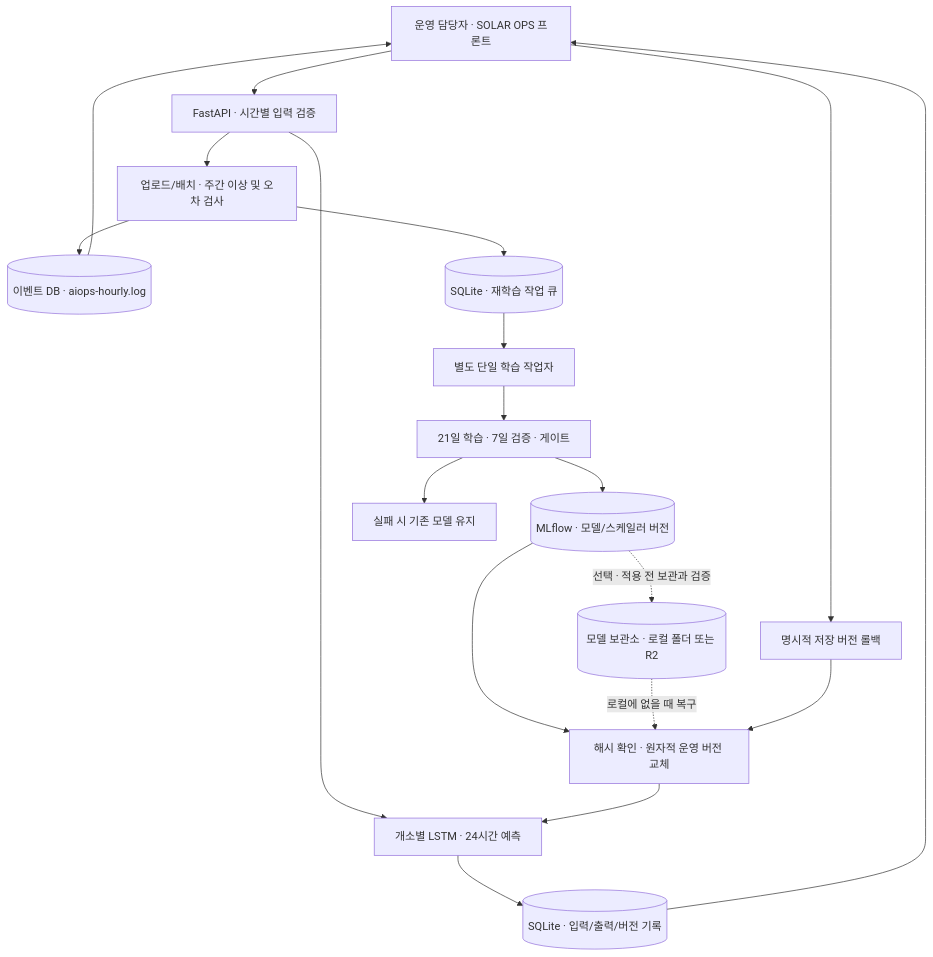
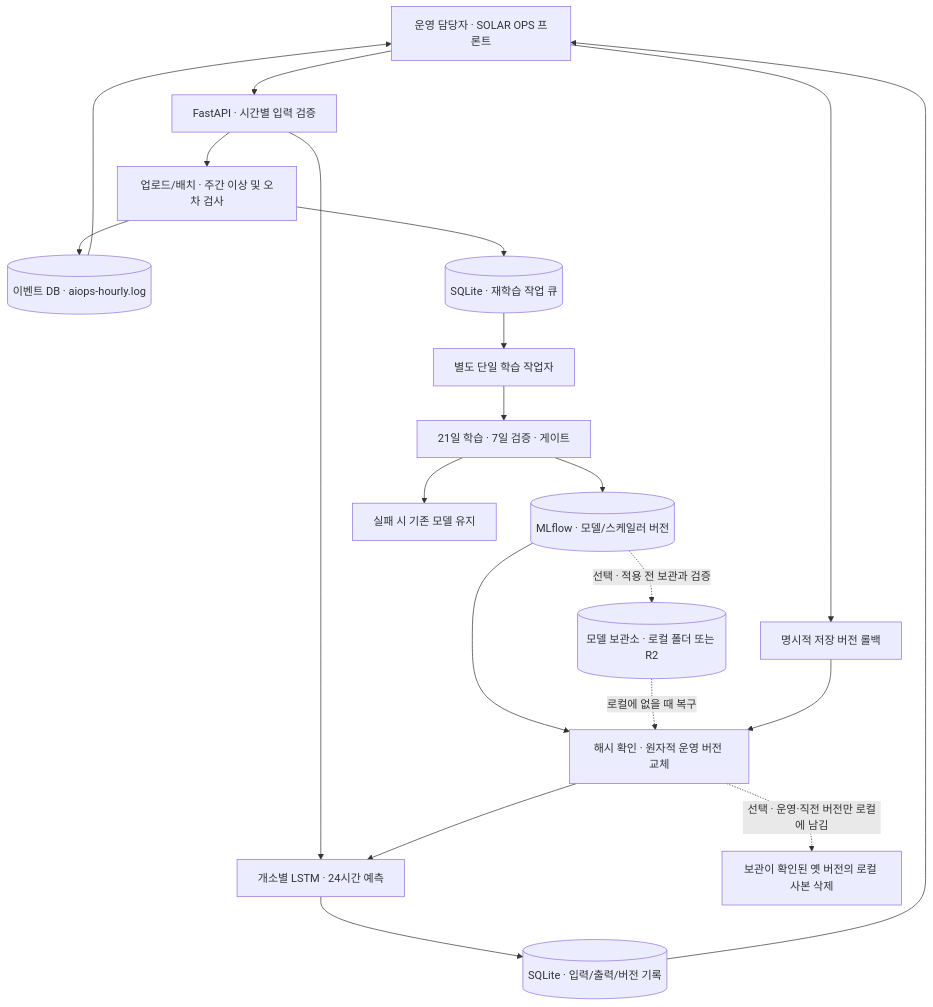
Before and after one commit to SKALA4th-team2/skala-solar-aiops: the diagram in docs/proposal/4-architecture.md, drawn with Mermaid. The commit also changed other lines of this file and 19 other files, not shown here.

````diff
--- a/docs/proposal/4-architecture.md
+++ b/docs/proposal/4-architecture.md
@@ -16,21 +18,22 @@
 ```mermaid
 flowchart TD
     U["운영 담당자 · SOLAR OPS 프론트"] --> A["FastAPI · 시간별 입력 검증"]
     A --> P["개소별 LSTM · 24시간 예측"]
     P --> D[("SQLite · 입력/출력/버전 기록")]
     A --> M["업로드/배치 · 주간 이상 및 오차 검사"]
     M --> E[("이벤트 DB · aiops-hourly.log")]
     M --> Q[("SQLite · 재학습 작업 큐")]
     Q --> W["별도 단일 학습 작업자"]
     W --> G["21일 학습 · 7일 검증 · 게이트"]
     G --> R[("MLflow · 모델/스케일러 버전")]
     R --> C["해시 확인 · 원자적 운영 버전 교체"]
     R -.->|"선택 · 적용 전 보관과 검증"| S[("모델 보관소 · 로컬 폴더 또는 R2")]
     S -.->|"로컬에 없을 때 복구"| C
+    C -.->|"선택 · 운영·직전 버전만 로컬에 남김"| X["보관이 확인된 옛 버전의 로컬 사본 삭제"]
     C --> P
     G --> K["실패 시 기존 모델 유지"]
     U --> B["명시적 저장 버전 롤백"]
     B --> C
     E --> U
     D --> U
 ```
````
